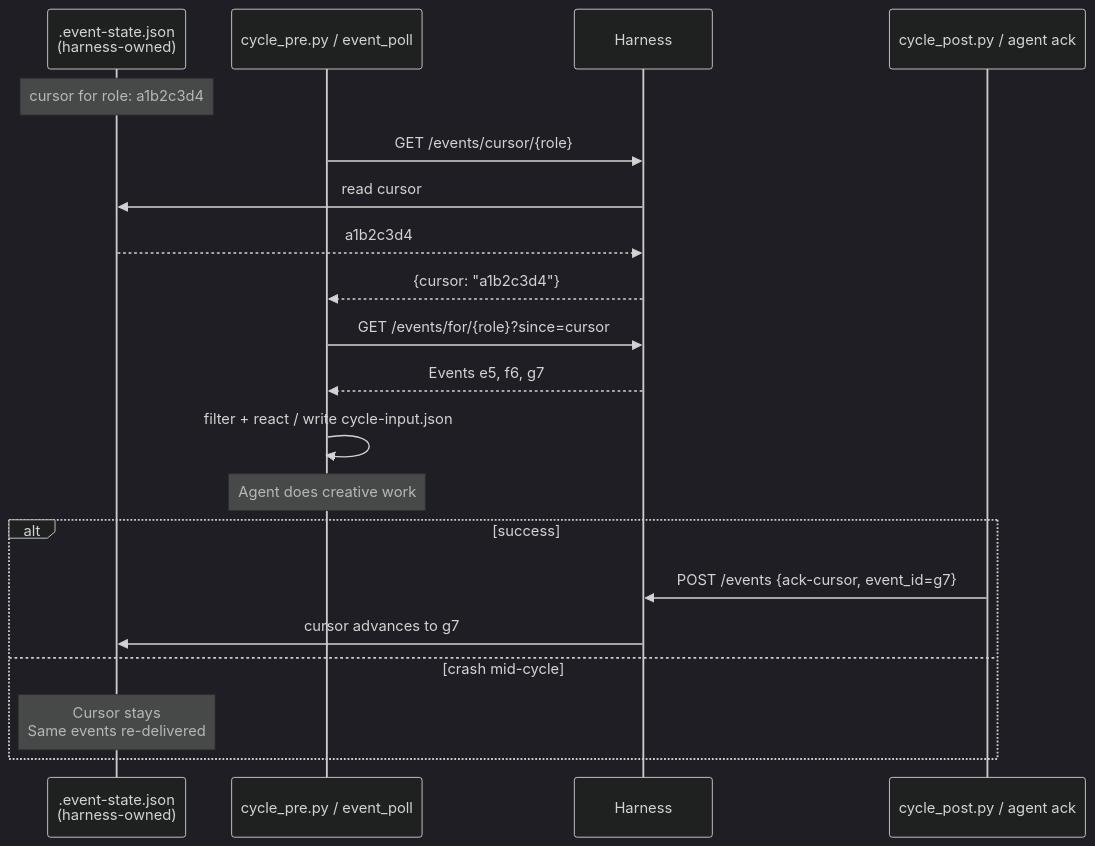
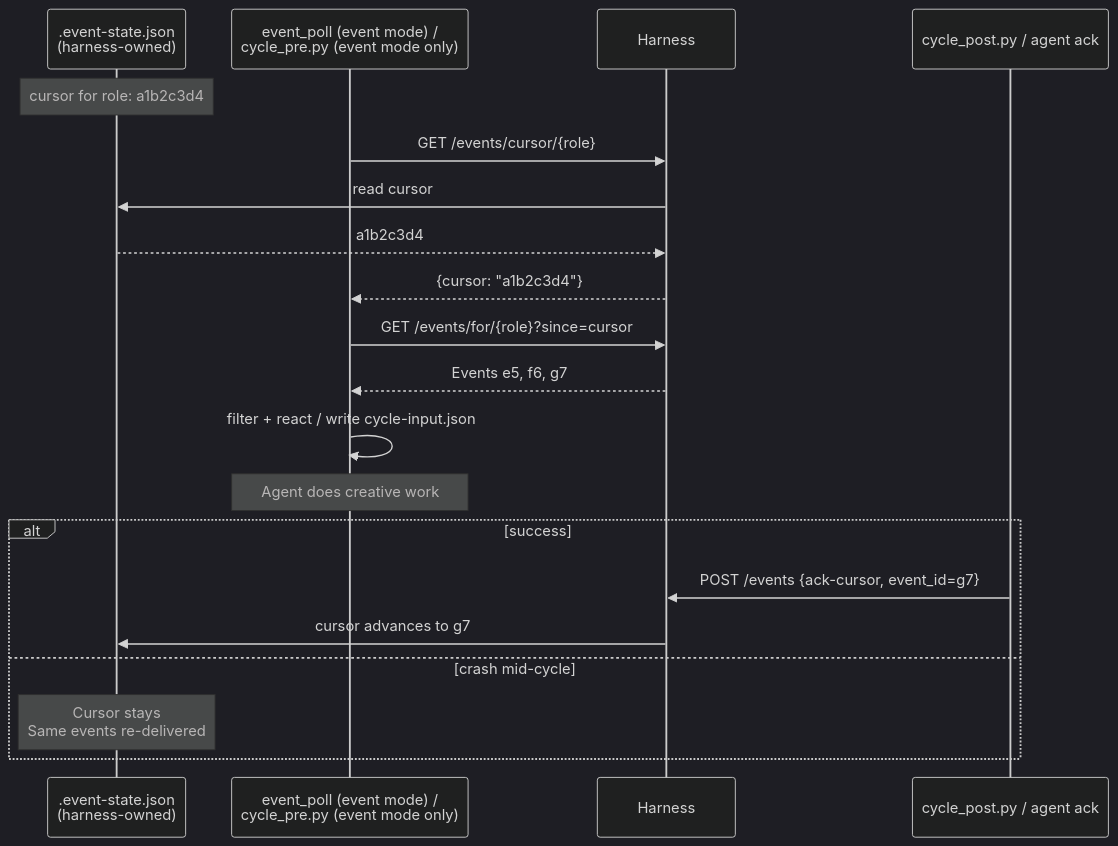
Before and after one commit to WallyDoodlez/SquidSquad: the sixth of 15 diagrams in docs/AGENT-RUNTIME.md, drawn with Mermaid (dark theme). The commit also changed other lines of this file and 4 other files, not shown here.

First line of the commit message:
docs: TRD final-pass — Claude-audit fixes across 5 architecture docs (#10381)

````diff
--- a/docs/AGENT-RUNTIME.md
+++ b/docs/AGENT-RUNTIME.md
@@ -362,26 +364,26 @@
 ```mermaid
 sequenceDiagram
     participant ES as .event-state.json<br/>(harness-owned)
-    participant CP as cycle_pre.py / event_poll
+    participant CP as event_poll (event mode) /<br/>cycle_pre.py (event mode only)
     participant H as Harness
     participant CPO as cycle_post.py / agent ack
 
     Note over ES: cursor for role: a1b2c3d4
 
     CP->>H: GET /events/cursor/{role}
     H->>ES: read cursor
     ES-->>H: a1b2c3d4
     H-->>CP: {cursor: "a1b2c3d4"}
     CP->>H: GET /events/for/{role}?since=cursor
     H-->>CP: Events e5, f6, g7
     CP->>CP: filter + react / write cycle-input.json
 
     Note over CP: Agent does creative work
 
     alt success
         CPO->>H: POST /events {ack-cursor, event_id=g7}
         H->>ES: cursor advances to g7
     else crash mid-cycle
         Note over ES: Cursor stays<br/>Same events re-delivered
     end
 ```
````
